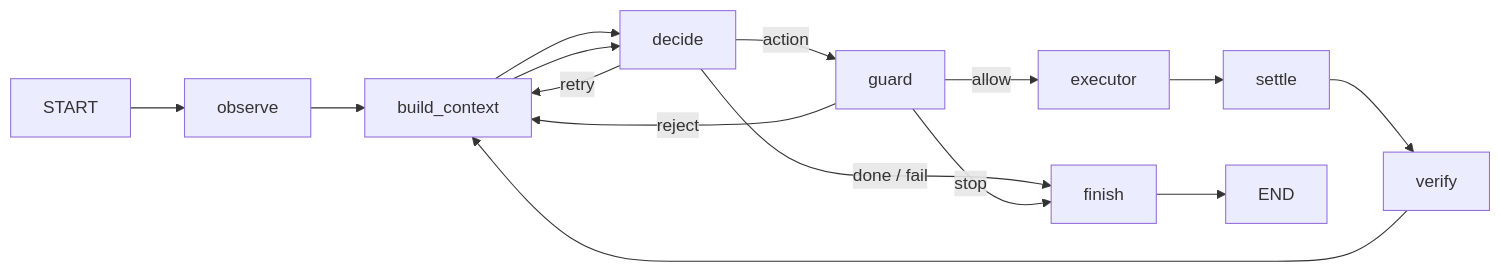
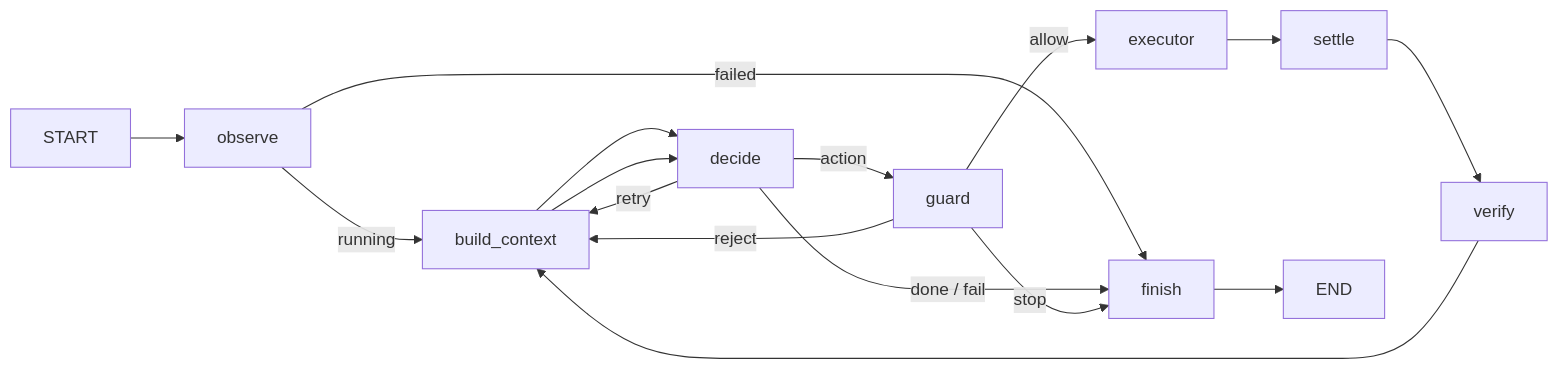
Before and after one commit to Dishank-Sen/Friday: the diagram in docs/harness.md, drawn with Mermaid. The commit also changed other lines of this file and 12 other files, not shown here.

````diff
--- a/docs/harness.md
+++ b/docs/harness.md
@@ -7,10 +7,12 @@
 ```mermaid
 flowchart LR
-    START --> observe --> build_context --> decide
+    START --> observe
+    observe -->|running| build_context --> decide
+    observe -->|failed| finish
     decide -->|action| guard
     decide -->|done / fail| finish
     decide -->|retry| build_context
     guard -->|allow| executor --> settle --> verify --> build_context --> decide
     guard -->|reject| build_context
     guard -->|stop| finish --> END
 ```
````
